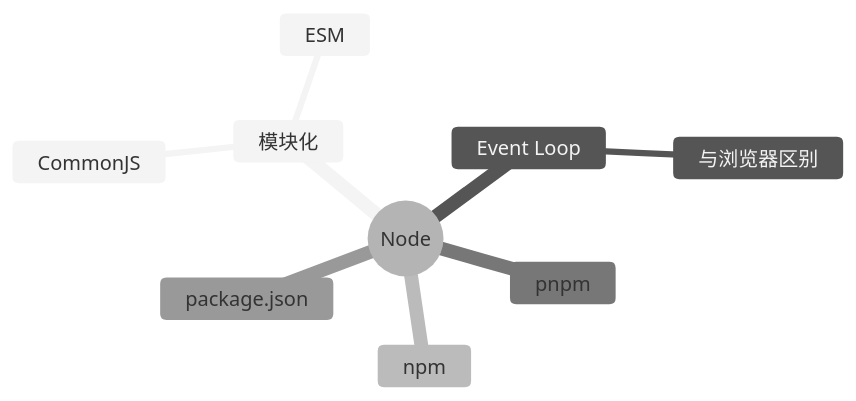
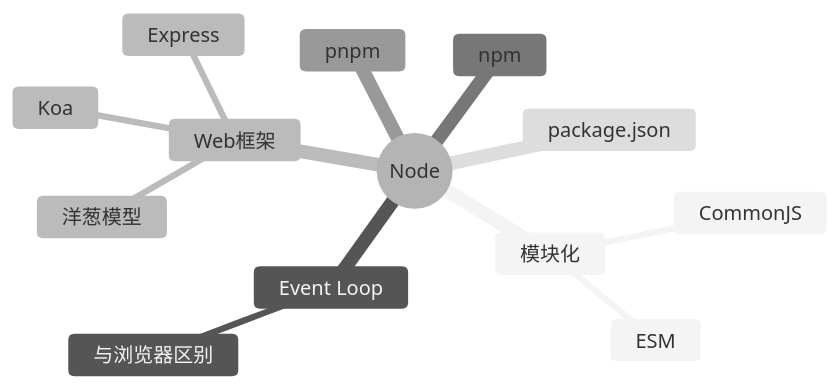
The diagram in docs/Node/index.md (zjh42139/interview-notes), drawn with Mermaid (neutral theme) before and after one commit. The commit also changed other lines of this file and 14 other files, not shown here.

````diff
--- a/docs/Node/index.md
+++ b/docs/Node/index.md
@@ -17,12 +17,16 @@
 ```mermaid
 mindmap
   root((Node))
     模块化
       CommonJS
       ESM
     Event Loop
       与浏览器区别
+    Web框架
+      Express
+      Koa
+      洋葱模型
     npm
     pnpm
     package.json
 ```
````
